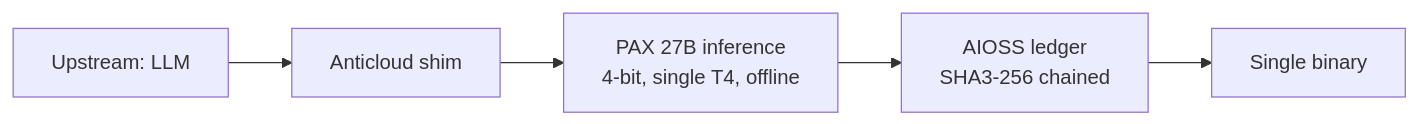
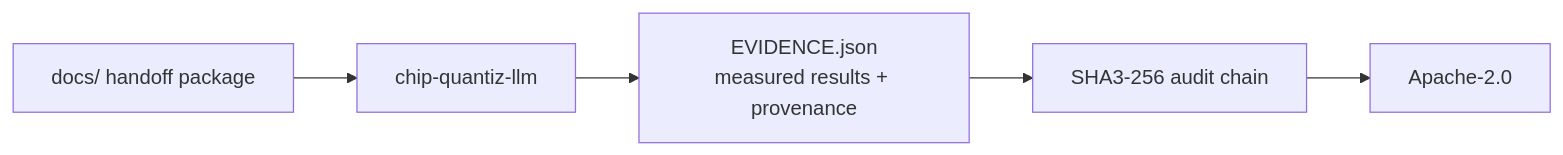
One commit to the-anticloud/chip-quantiz-llm changed the diagram in README.md. Above: the diagram before and after it, drawn with Mermaid. The commit also changed other lines of this file and 7 other files, not shown here.

````diff
--- a/README.md
+++ b/README.md
@@ -11,7 +22,7 @@
 ```mermaid
 graph LR
-    U[Upstream: LLM] --> S[Anticloud shim]
-    S --> P[PAX 27B inference<br/>4-bit, single T4, offline]
-    P --> A[AIOSS ledger<br/>SHA3-256 chained]
-    A --> B[Single binary]
+    D[docs/ handoff package] --> R[chip-quantiz-llm]
+    R --> E[EVIDENCE.json\nmeasured results + provenance]
+    E --> A[SHA3-256 audit chain]
+    A --> L[Apache-2.0]
 ```
````
